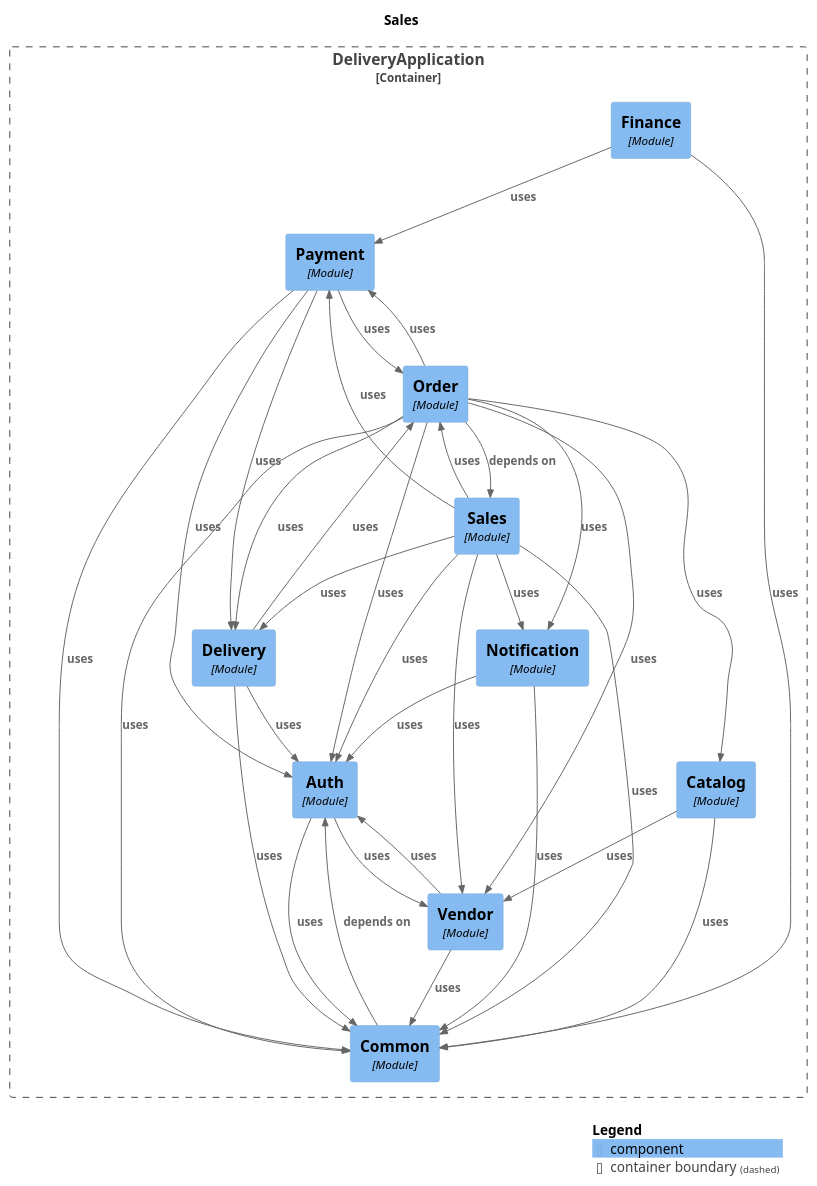
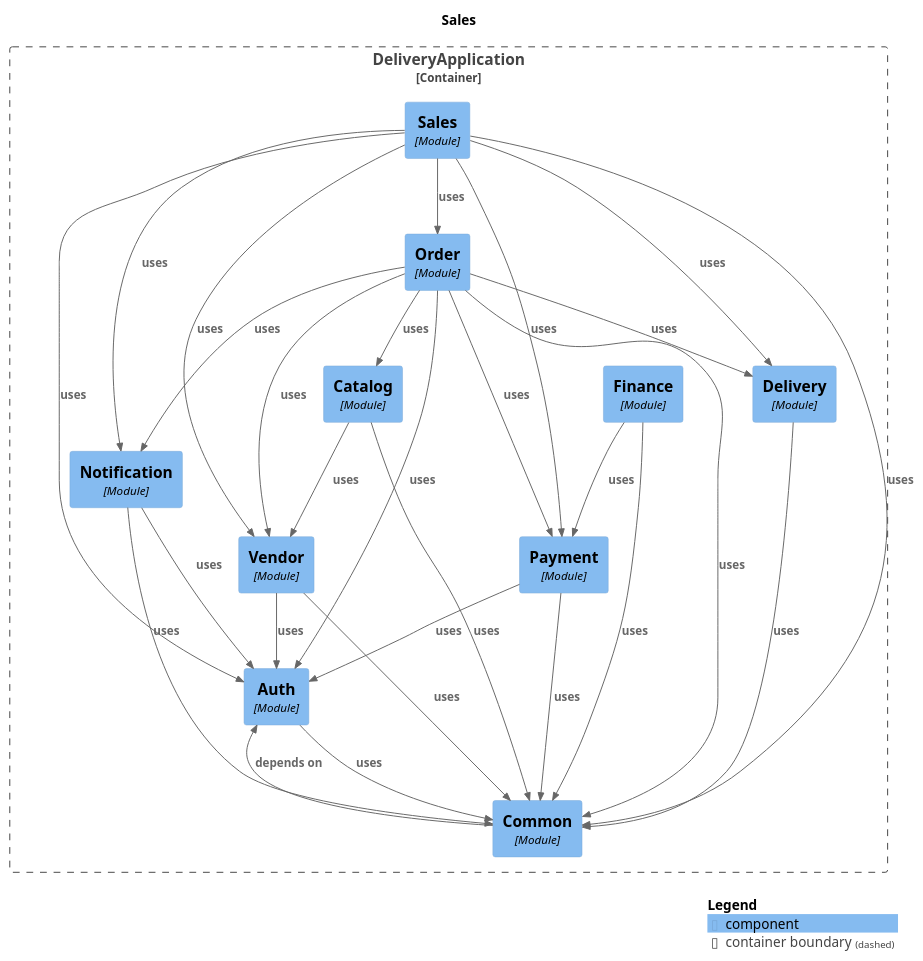
Before and after one commit to fxavier/pede-aqui: the diagram in docs/architecture/modules/module-sales.puml, drawn with PlantUML. The commit also changed 22 other files, not shown here.

```diff
--- a/docs/architecture/modules/module-sales.puml
+++ b/docs/architecture/modules/module-sales.puml
@@ -1,59 +1,53 @@
 @startuml
 set separator none
 title Sales
 
 top to bottom direction
 
 !include <C4/C4>
 !include <C4/C4_Context>
 !include <C4/C4_Component>
 
 Container_Boundary("DeliveryApplication.DeliveryApplication_boundary", "DeliveryApplication", $tags="") {
   Component(DeliveryApplication.DeliveryApplication.Finance, "Finance", $techn="Module", $descr="", $tags="", $link="")
   Component(DeliveryApplication.DeliveryApplication.Notification, "Notification", $techn="Module", $descr="", $tags="", $link="")
   Component(DeliveryApplication.DeliveryApplication.Order, "Order", $techn="Module", $descr="", $tags="", $link="")
   Component(DeliveryApplication.DeliveryApplication.Payment, "Payment", $techn="Module", $descr="", $tags="", $link="")
   Component(DeliveryApplication.DeliveryApplication.Sales, "Sales", $techn="Module", $descr="", $tags="", $link="")
   Component(DeliveryApplication.DeliveryApplication.Vendor, "Vendor", $techn="Module", $descr="", $tags="", $link="")
   Component(DeliveryApplication.DeliveryApplication.Auth, "Auth", $techn="Module", $descr="", $tags="", $link="")
   Component(DeliveryApplication.DeliveryApplication.Catalog, "Catalog", $techn="Module", $descr="", $tags="", $link="")
   Component(DeliveryApplication.DeliveryApplication.Common, "Common", $techn="Module", $descr="", $tags="", $link="")
   Component(DeliveryApplication.DeliveryApplication.Delivery, "Delivery", $techn="Module", $descr="", $tags="", $link="")
 }
 
+Rel(DeliveryApplication.DeliveryApplication.Delivery, DeliveryApplication.DeliveryApplication.Common, "uses", $techn="", $tags="", $link="")
+Rel(DeliveryApplication.DeliveryApplication.Payment, DeliveryApplication.DeliveryApplication.Common, "uses", $techn="", $tags="", $link="")
+Rel(DeliveryApplication.DeliveryApplication.Payment, DeliveryApplication.DeliveryApplication.Auth, "uses", $techn="", $tags="", $link="")
+Rel(DeliveryApplication.DeliveryApplication.Auth, DeliveryApplication.DeliveryApplication.Common, "uses", $techn="", $tags="", $link="")
+Rel(DeliveryApplication.DeliveryApplication.Catalog, DeliveryApplication.DeliveryApplication.Vendor, "uses", $techn="", $tags="", $link="")
+Rel(DeliveryApplication.DeliveryApplication.Catalog, DeliveryApplication.DeliveryApplication.Common, "uses", $techn="", $tags="", $link="")
+Rel(DeliveryApplication.DeliveryApplication.Vendor, DeliveryApplication.DeliveryApplication.Common, "uses", $techn="", $tags="", $link="")
+Rel(DeliveryApplication.DeliveryApplication.Vendor, DeliveryApplication.DeliveryApplication.Auth, "uses", $techn="", $tags="", $link="")
+Rel(DeliveryApplication.DeliveryApplication.Common, DeliveryApplication.DeliveryApplication.Auth, "depends on", $techn="", $tags="", $link="")
+Rel(DeliveryApplication.DeliveryApplication.Notification, DeliveryApplication.DeliveryApplication.Auth, "uses", $techn="", $tags="", $link="")
+Rel(DeliveryApplication.DeliveryApplication.Notification, DeliveryApplication.DeliveryApplication.Common, "uses", $techn="", $tags="", $link="")
+Rel(DeliveryApplication.DeliveryApplication.Finance, DeliveryApplication.DeliveryApplication.Payment, "uses", $techn="", $tags="", $link="")
+Rel(DeliveryApplication.DeliveryApplication.Finance, DeliveryApplication.DeliveryApplication.Common, "uses", $techn="", $tags="", $link="")
 Rel(DeliveryApplication.DeliveryApplication.Sales, DeliveryApplication.DeliveryApplication.Vendor, "uses", $techn="", $tags="", $link="")
 Rel(DeliveryApplication.DeliveryApplication.Sales, DeliveryApplication.DeliveryApplication.Order, "uses", $techn="", $tags="", $link="")
 Rel(DeliveryApplication.DeliveryApplication.Sales, DeliveryApplication.DeliveryApplication.Auth, "uses", $techn="", $tags="", $link="")
 Rel(DeliveryApplication.DeliveryApplication.Sales, DeliveryApplication.DeliveryApplication.Payment, "uses", $techn="", $tags="", $link="")
 Rel(DeliveryApplication.DeliveryApplication.Sales, DeliveryApplication.DeliveryApplication.Notification, "uses", $techn="", $tags="", $link="")
 Rel(DeliveryApplication.DeliveryApplication.Sales, DeliveryApplication.DeliveryApplication.Common, "uses", $techn="", $tags="", $link="")
 Rel(DeliveryApplication.DeliveryApplication.Sales, DeliveryApplication.DeliveryApplication.Delivery, "uses", $techn="", $tags="", $link="")
-Rel(DeliveryApplication.DeliveryApplication.Common, DeliveryApplication.DeliveryApplication.Auth, "depends on", $techn="", $tags="", $link="")
-Rel(DeliveryApplication.DeliveryApplication.Delivery, DeliveryApplication.DeliveryApplication.Auth, "uses", $techn="", $tags="", $link="")
-Rel(DeliveryApplication.DeliveryApplication.Delivery, DeliveryApplication.DeliveryApplication.Common, "uses", $techn="", $tags="", $link="")
-Rel(DeliveryApplication.DeliveryApplication.Delivery, DeliveryApplication.DeliveryApplication.Order, "uses", $techn="", $tags="", $link="")
-Rel(DeliveryApplication.DeliveryApplication.Auth, DeliveryApplication.DeliveryApplication.Common, "uses", $techn="", $tags="", $link="")
-Rel(DeliveryApplication.DeliveryApplication.Auth, DeliveryApplication.DeliveryApplication.Vendor, "uses", $techn="", $tags="", $link="")
-Rel(DeliveryApplication.DeliveryApplication.Order, DeliveryApplication.DeliveryApplication.Sales, "depends on", $techn="", $tags="", $link="")
 Rel(DeliveryApplication.DeliveryApplication.Order, DeliveryApplication.DeliveryApplication.Common, "uses", $techn="", $tags="", $link="")
 Rel(DeliveryApplication.DeliveryApplication.Order, DeliveryApplication.DeliveryApplication.Auth, "uses", $techn="", $tags="", $link="")
+Rel(DeliveryApplication.DeliveryApplication.Order, DeliveryApplication.DeliveryApplication.Vendor, "uses", $techn="", $tags="", $link="")
+Rel(DeliveryApplication.DeliveryApplication.Order, DeliveryApplication.DeliveryApplication.Delivery, "uses", $techn="", $tags="", $link="")
 Rel(DeliveryApplication.DeliveryApplication.Order, DeliveryApplication.DeliveryApplication.Payment, "uses", $techn="", $tags="", $link="")
-Rel(DeliveryApplication.DeliveryApplication.Order, DeliveryApplication.DeliveryApplication.Delivery, "uses", $techn="", $tags="", $link="")
-Rel(DeliveryApplication.DeliveryApplication.Order, DeliveryApplication.DeliveryApplication.Vendor, "uses", $techn="", $tags="", $link="")
 Rel(DeliveryApplication.DeliveryApplication.Order, DeliveryApplication.DeliveryApplication.Notification, "uses", $techn="", $tags="", $link="")
 Rel(DeliveryApplication.DeliveryApplication.Order, DeliveryApplication.DeliveryApplication.Catalog, "uses", $techn="", $tags="", $link="")
-Rel(DeliveryApplication.DeliveryApplication.Catalog, DeliveryApplication.DeliveryApplication.Vendor, "uses", $techn="", $tags="", $link="")
-Rel(DeliveryApplication.DeliveryApplication.Catalog, DeliveryApplication.DeliveryApplication.Common, "uses", $techn="", $tags="", $link="")
-Rel(DeliveryApplication.DeliveryApplication.Notification, DeliveryApplication.DeliveryApplication.Auth, "uses", $techn="", $tags="", $link="")
-Rel(DeliveryApplication.DeliveryApplication.Notification, DeliveryApplication.DeliveryApplication.Common, "uses", $techn="", $tags="", $link="")
-Rel(DeliveryApplication.DeliveryApplication.Vendor, DeliveryApplication.DeliveryApplication.Common, "uses", $techn="", $tags="", $link="")
-Rel(DeliveryApplication.DeliveryApplication.Vendor, DeliveryApplication.DeliveryApplication.Auth, "uses", $techn="", $tags="", $link="")
-Rel(DeliveryApplication.DeliveryApplication.Finance, DeliveryApplication.DeliveryApplication.Payment, "uses", $techn="", $tags="", $link="")
-Rel(DeliveryApplication.DeliveryApplication.Finance, DeliveryApplication.DeliveryApplication.Common, "uses", $techn="", $tags="", $link="")
-Rel(DeliveryApplication.DeliveryApplication.Payment, DeliveryApplication.DeliveryApplication.Order, "uses", $techn="", $tags="", $link="")
-Rel(DeliveryApplication.DeliveryApplication.Payment, DeliveryApplication.DeliveryApplication.Common, "uses", $techn="", $tags="", $link="")
-Rel(DeliveryApplication.DeliveryApplication.Payment, DeliveryApplication.DeliveryApplication.Auth, "uses", $techn="", $tags="", $link="")
-Rel(DeliveryApplication.DeliveryApplication.Payment, DeliveryApplication.DeliveryApplication.Delivery, "uses", $techn="", $tags="", $link="")
 
 SHOW_LEGEND(true)
 @enduml
```
